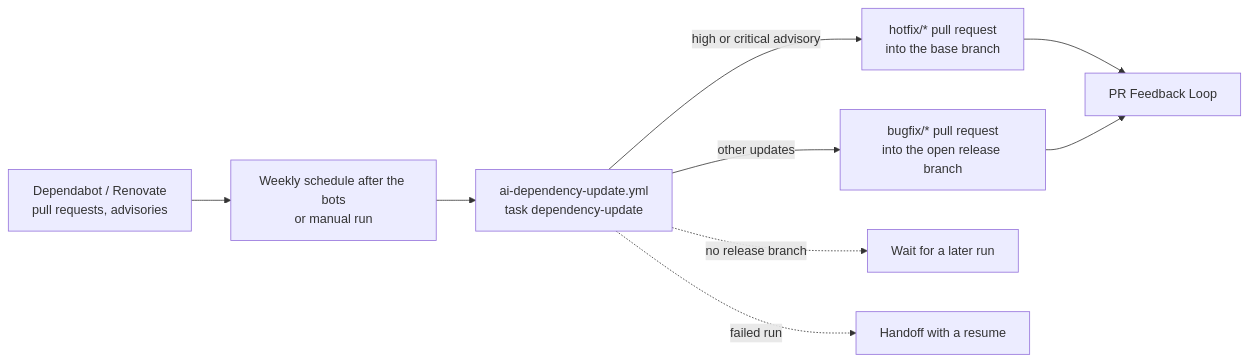
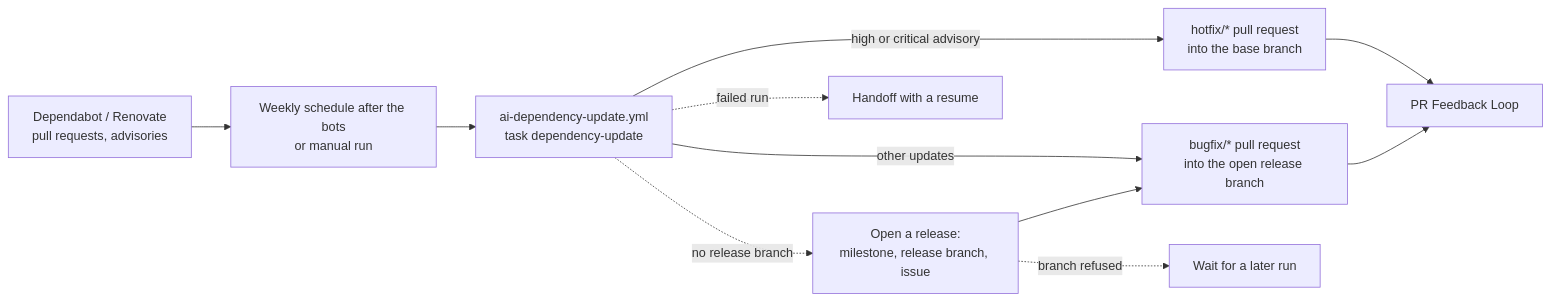
The eighth of 9 diagrams in README.md (fbrissi/github-actions), drawn with Mermaid before and after one commit. The commit also changed other lines of this file and 4 other files, not shown here.

First line of the commit message:
feat: open a release when a bugfix has none

````diff
--- a/README.md
+++ b/README.md
@@ -1283,11 +1288,13 @@
 ```mermaid
 flowchart LR
   bots["Dependabot / Renovate<br/>pull requests, advisories"] --> cron["Weekly schedule after the bots<br/>or manual run"]
   cron --> run["ai-dependency-update.yml<br/>task dependency-update"]
   run -- "high or critical advisory" --> hf["hotfix/* pull request<br/>into the base branch"]
   run -- "other updates" --> bf["bugfix/* pull request<br/>into the open release branch"]
-  run -. "no release branch" .-> wait["Wait for a later run"]
+  run -. "no release branch" .-> open["Open a release:<br/>milestone, release branch, issue"]
+  open --> bf
+  open -. "branch refused" .-> wait["Wait for a later run"]
   hf --> loop["PR Feedback Loop"]
   bf --> loop
   run -. "failed run" .-> ho["Handoff with a resume"]
 ```
````
